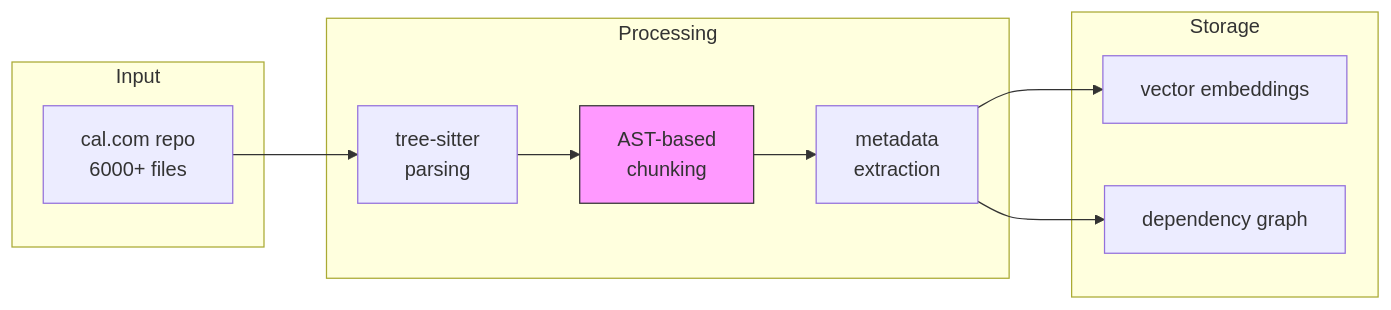
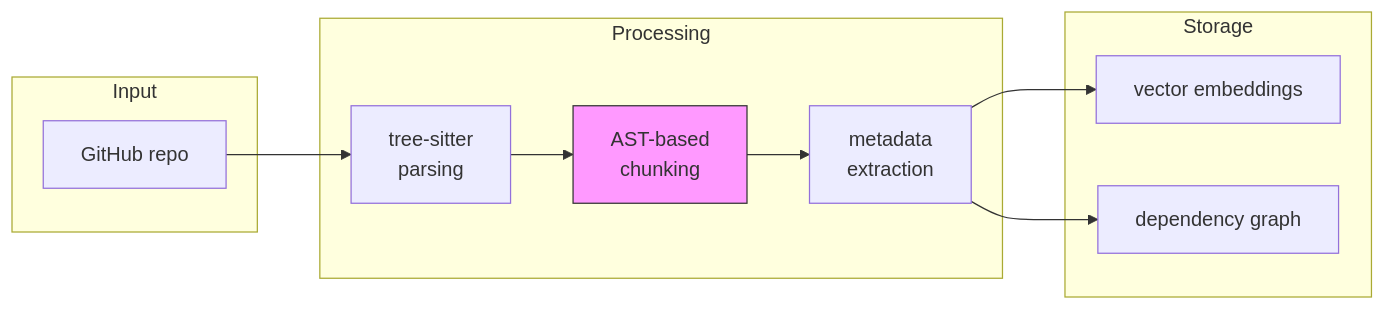
One commit to nicolascine/nexu changed the first of 2 diagrams in README.md. Above: the diagram before and after it, drawn with Mermaid. The commit also changed other lines of this file and 1 other file, not shown here.

````diff
--- a/README.md
+++ b/README.md
@@ -15,23 +45,23 @@
 ```mermaid
 flowchart LR
     subgraph Input
-        A[cal.com repo<br/>6000+ files]
+        A[GitHub repo]
     end
 
     subgraph Processing
         B[tree-sitter<br/>parsing]
         C[AST-based<br/>chunking]
         D[metadata<br/>extraction]
     end
 
     subgraph Storage
         E[vector embeddings]
         F[dependency graph]
     end
 
     A --> B --> C --> D
     D --> E
     D --> F
 
     style C fill:#f9f,stroke:#333
 ```
````
